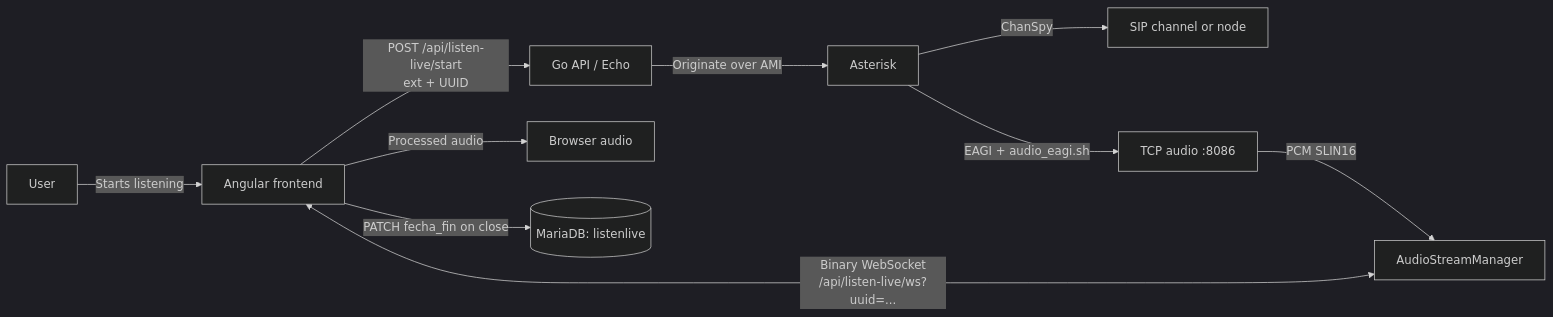
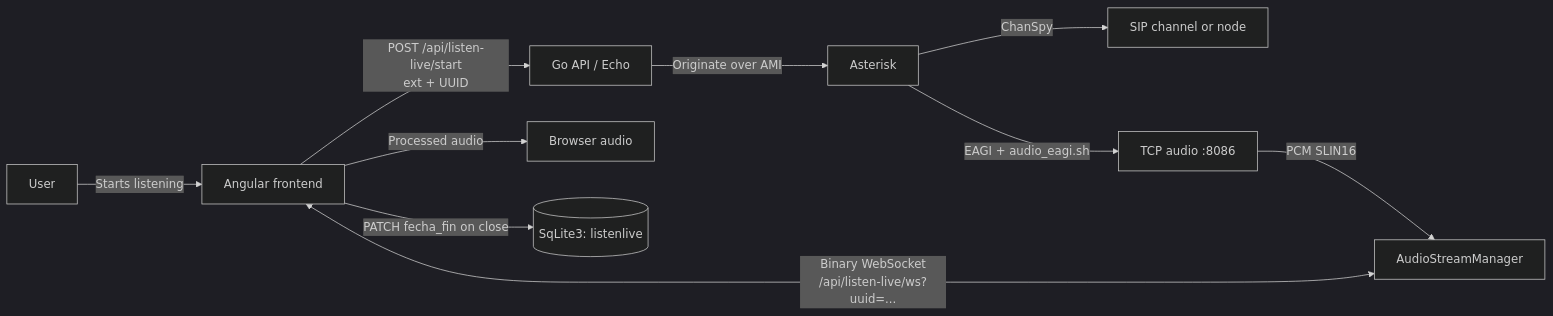
One commit to jjsainzc/amerimon changed the first of 3 diagrams in public/assets/docs/listen-live.en.md. Above: the diagram before and after it, drawn with Mermaid (dark theme). The commit also changed other lines of this file and 2 other files, not shown here.

Commit message:
Cambiar MariaDB por SQLite3

````diff
--- a/public/assets/docs/listen-live.en.md
+++ b/public/assets/docs/listen-live.en.md
@@ -7,12 +7,12 @@
 ```mermaid
 flowchart LR
     User[User] -->|Starts listening| Frontend[Angular frontend]
     Frontend -->|POST /api/listen-live/start<br/>ext + UUID| API[Go API / Echo]
     API -->|Originate over AMI| Asterisk[Asterisk]
     Asterisk -->|ChanSpy| Target[SIP channel or node]
     Asterisk -->|EAGI + audio_eagi.sh| TCP[TCP audio :8086]
     TCP -->|PCM SLIN16| Stream[AudioStreamManager]
     Frontend <-->|Binary WebSocket<br/>/api/listen-live/ws?uuid=...| Stream
     Frontend -->|Processed audio| Speaker[Browser audio]
-    Frontend -->|PATCH fecha_fin on close| DB[(MariaDB: listenlive)]
+    Frontend -->|PATCH fecha_fin on close| DB[(SqLite3: listenlive)]
 ```
````
